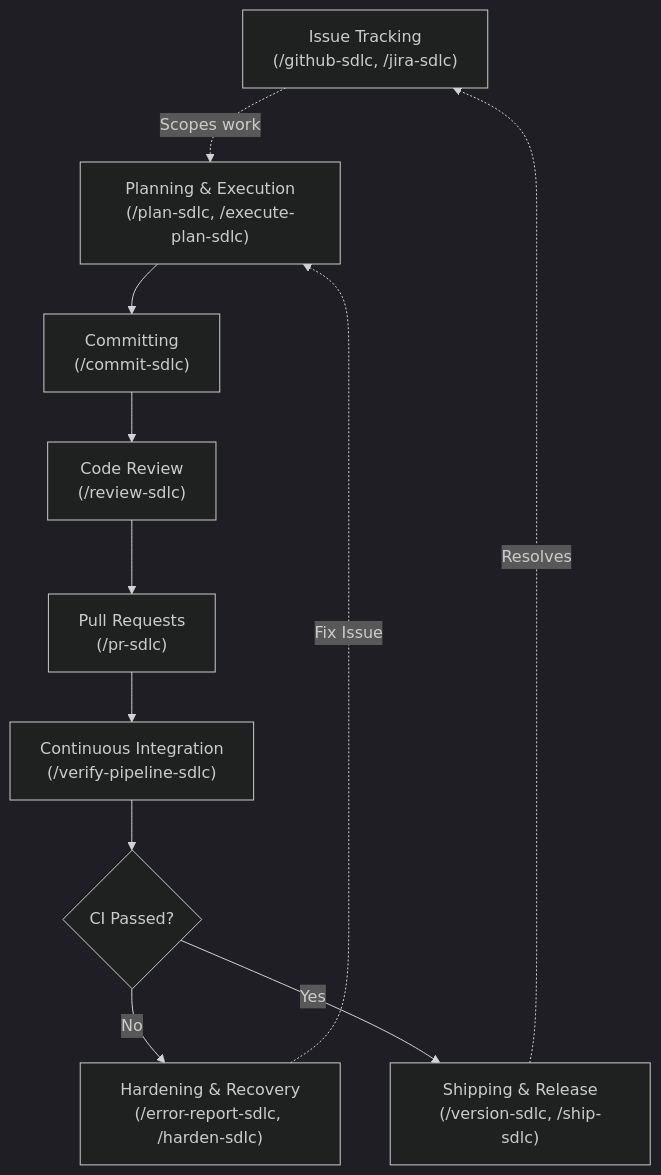
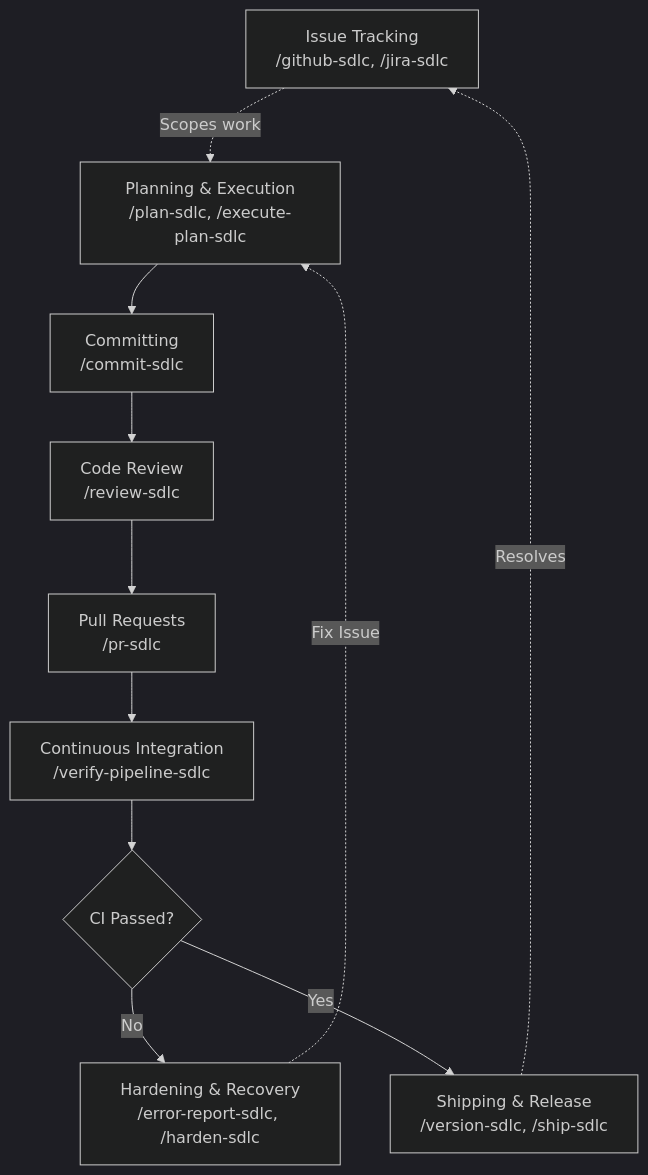
One commit to dnichyparuk/liftcd changed the diagram in README.md. Above: the diagram before and after it, drawn with Mermaid (dark theme). The commit also changed other lines of this file, not shown here.

````diff
--- a/README.md
+++ b/README.md
@@ -110,23 +112,23 @@
 ```mermaid
 flowchart TD
-    Issue["Issue Tracking\n(/github-sdlc, /jira-sdlc)"]
-    Plan["Planning & Execution\n(/plan-sdlc, /execute-plan-sdlc)"]
-    Commit["Committing\n(/commit-sdlc)"]
-    Review["Code Review\n(/review-sdlc)"]
-    PR["Pull Requests\n(/pr-sdlc)"]
-    CI["Continuous Integration\n(/verify-pipeline-sdlc)"]
+    Issue["Issue Tracking<br/>/github-sdlc, /jira-sdlc"]
+    Plan["Planning & Execution<br/>/plan-sdlc, /execute-plan-sdlc"]
+    Commit["Committing<br/>/commit-sdlc"]
+    Review["Code Review<br/>/review-sdlc"]
+    PR["Pull Requests<br/>/pr-sdlc"]
+    CI["Continuous Integration<br/>/verify-pipeline-sdlc"]
     CI_Check{"CI Passed?"}
-    Recover["Hardening & Recovery\n(/error-report-sdlc, /harden-sdlc)"]
-    Ship["Shipping & Release\n(/version-sdlc, /ship-sdlc)"]
+    Recover["Hardening & Recovery<br/>/error-report-sdlc, /harden-sdlc"]
+    Ship["Shipping & Release<br/>/version-sdlc, /ship-sdlc"]
 
     Issue -. "Scopes work" .-> Plan
     Plan --> Commit
     Commit --> Review
     Review --> PR
     PR --> CI
     CI --> CI_Check
     CI_Check -- "No" --> Recover
     Recover -. "Fix Issue" .-> Plan
     CI_Check -- "Yes" --> Ship
     Ship -. "Resolves" .-> Issue
 ```
````
